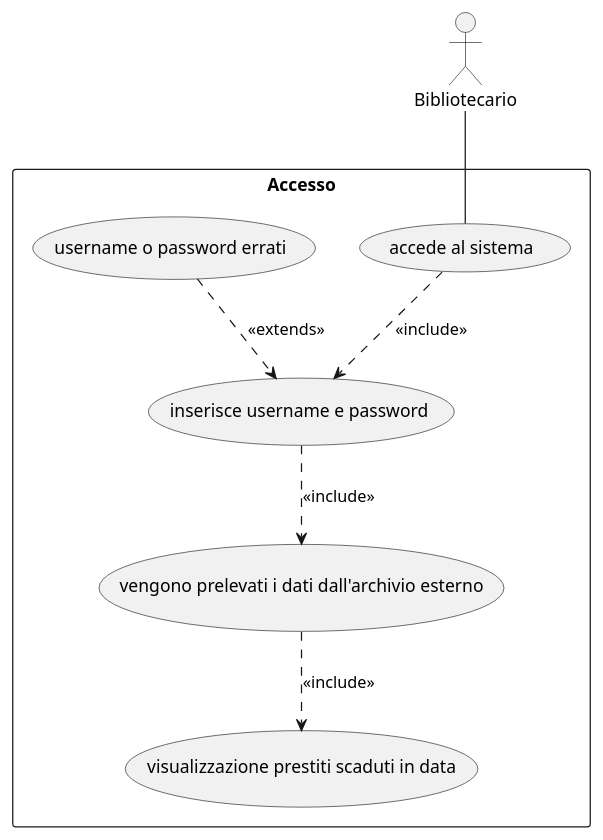
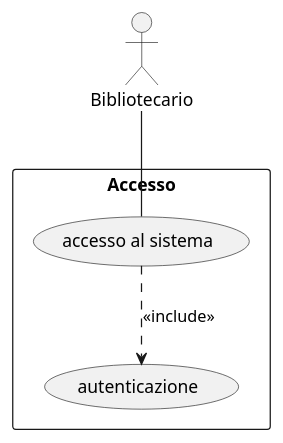
Before and after one commit to amalinconico6-cpu/Biblioteca_universitaria_10: the diagram in AnalisiRequisiti/UseCaseDiagramsCode/AccessoSistema.wsd, drawn with PlantUML. The commit also changed 6 other files, not shown here.

```diff
--- a/AnalisiRequisiti/UseCaseDiagramsCode/AccessoSistema.wsd
+++ b/AnalisiRequisiti/UseCaseDiagramsCode/AccessoSistema.wsd
@@ -1,21 +1,11 @@
-@startuml cas1
+@startuml AccessoSistema
 scale 1
 top to bottom direction
 actor Bibliotecario as b
 rectangle Accesso{
-    usecase "accede al sistema" as uc1
-    usecase "inserisce username e password" as uc2
-    usecase "username o password errati" as uc3
-    usecase "vengono prelevati i dati dall'archivio esterno" as uc4
-    usecase "visualizzazione prestiti scaduti in data" as uc5
-    }
-
+    usecase "accesso al sistema" as uc1
+    usecase "autenticazione" as uc2
+}
 b--uc1
-
-uc1 ..> uc2 :<<include>>
-uc2 ..>uc4 :<<include>>
-uc4 ..>uc5 :<<include>>
-
-uc3 ..>uc2 :<<extends>>
-
+uc1 ..>uc2:<<include>>
 @enduml
```
